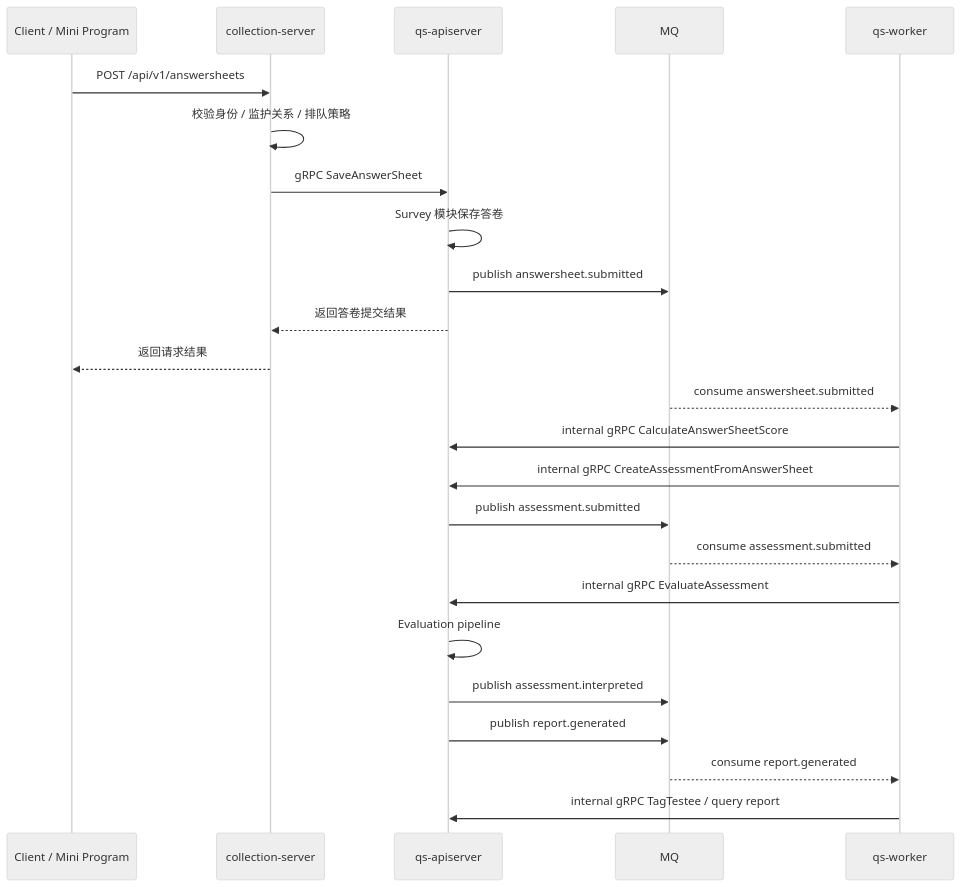
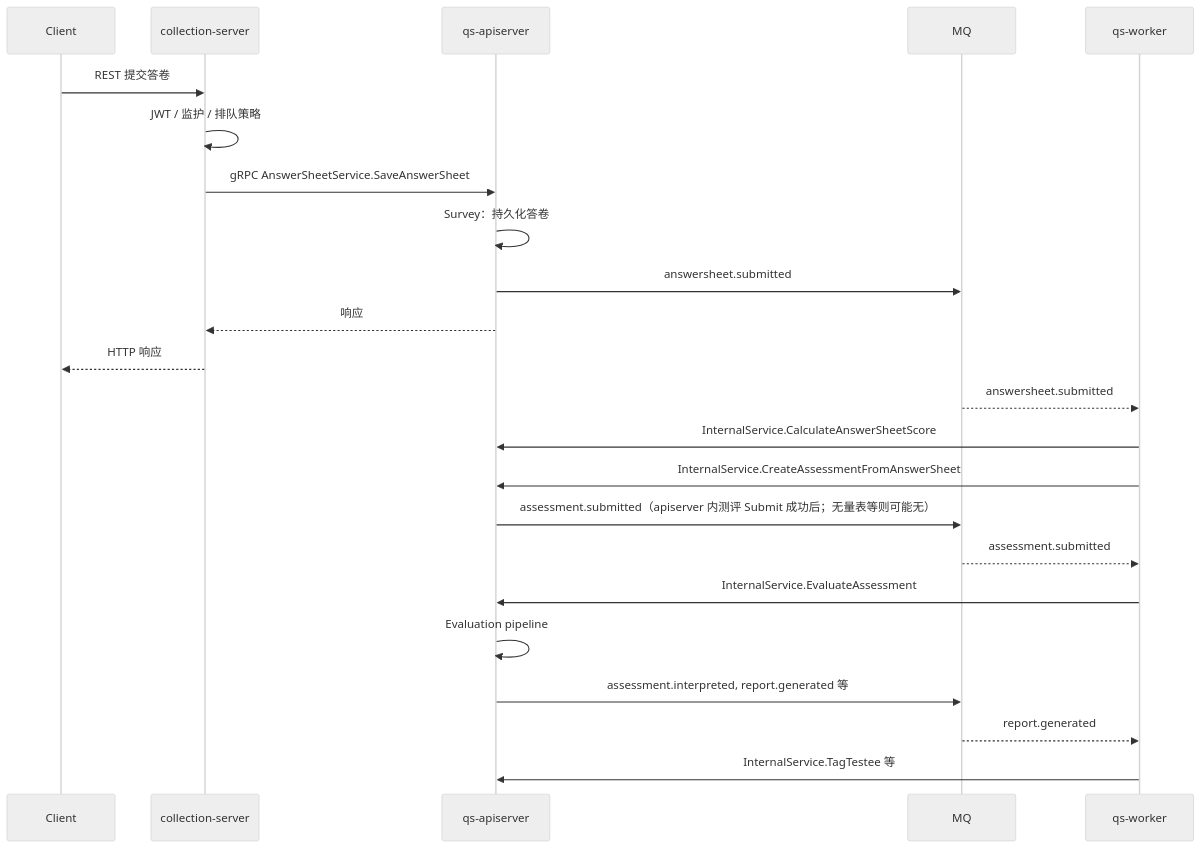
The diagram in docs/00-总览/03-核心业务链路.md (FangcunMount/qs-server), drawn with Mermaid (neutral theme) before and after one commit. The commit also changed other lines of this file and 8 other files, not shown here.

````diff
--- a/docs/00-总览/03-核心业务链路.md
+++ b/docs/00-总览/03-核心业务链路.md
@@ -7,30 +25,29 @@
 ```mermaid
 sequenceDiagram
-    participant Client as Client / Mini Program
-    participant Collection as collection-server
+    participant C as Client
+    participant Col as collection-server
     participant API as qs-apiserver
     participant MQ as MQ
-    participant Worker as qs-worker
+    participant W as qs-worker
 
-    Client->>Collection: POST /api/v1/answersheets
-    Collection->>Collection: 校验身份 / 监护关系 / 排队策略
-    Collection->>API: gRPC SaveAnswerSheet
-    API->>API: Survey 模块保存答卷
-    API->>MQ: publish answersheet.submitted
-    API-->>Collection: 返回答卷提交结果
-    Collection-->>Client: 返回请求结果
+    C->>Col: REST 提交答卷
+    Col->>Col: JWT / 监护 / 排队策略
+    Col->>API: gRPC AnswerSheetService.SaveAnswerSheet
+    API->>API: Survey：持久化答卷
+    API->>MQ: answersheet.submitted
+    API-->>Col: 响应
+    Col-->>C: HTTP 响应
 
-    MQ-->>Worker: consume answersheet.submitted
-    Worker->>API: internal gRPC CalculateAnswerSheetScore
-    Worker->>API: internal gRPC CreateAssessmentFromAnswerSheet
-    API->>MQ: publish assessment.submitted
+    MQ-->>W: answersheet.submitted
+    W->>API: InternalService.CalculateAnswerSheetScore
+    W->>API: InternalService.CreateAssessmentFromAnswerSheet
+    API->>MQ: assessment.submitted（apiserver 内测评 Submit 成功后；无量表等则可能无）
 
-    MQ-->>Worker: consume assessment.submitted
-    Worker->>API: internal gRPC EvaluateAssessment
+    MQ-->>W: assessment.submitted
+    W->>API: InternalService.EvaluateAssessment
     API->>API: Evaluation pipeline
-    API->>MQ: publish assessment.interpreted
-    API->>MQ: publish report.generated
+    API->>MQ: assessment.interpreted, report.generated 等
 
-    MQ-->>Worker: consume report.generated
-    Worker->>API: internal gRPC TagTestee / query report
+    MQ-->>W: report.generated
+    W->>API: InternalService.TagTestee 等
 ```
````
